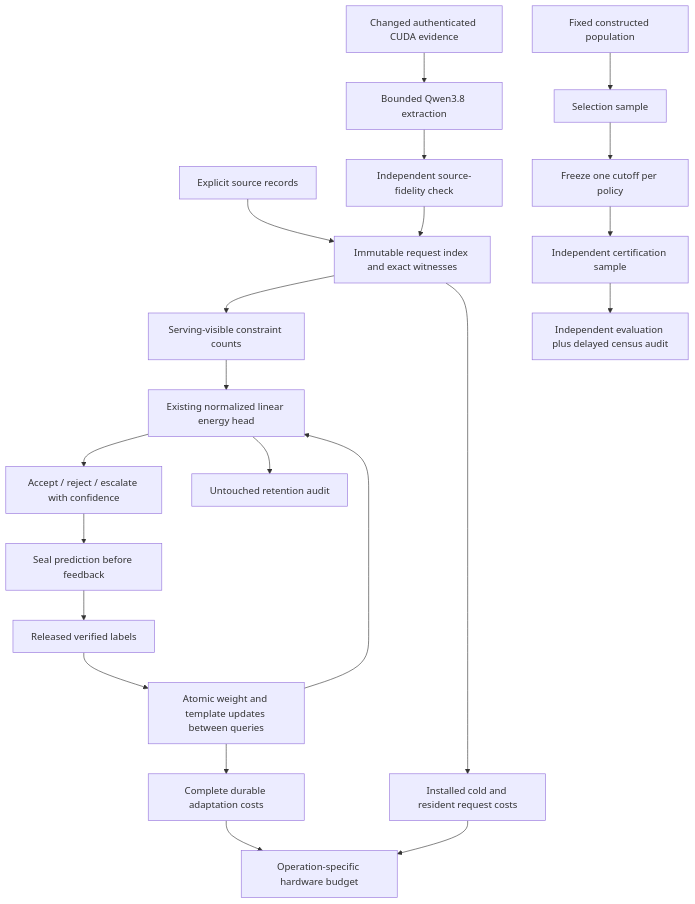
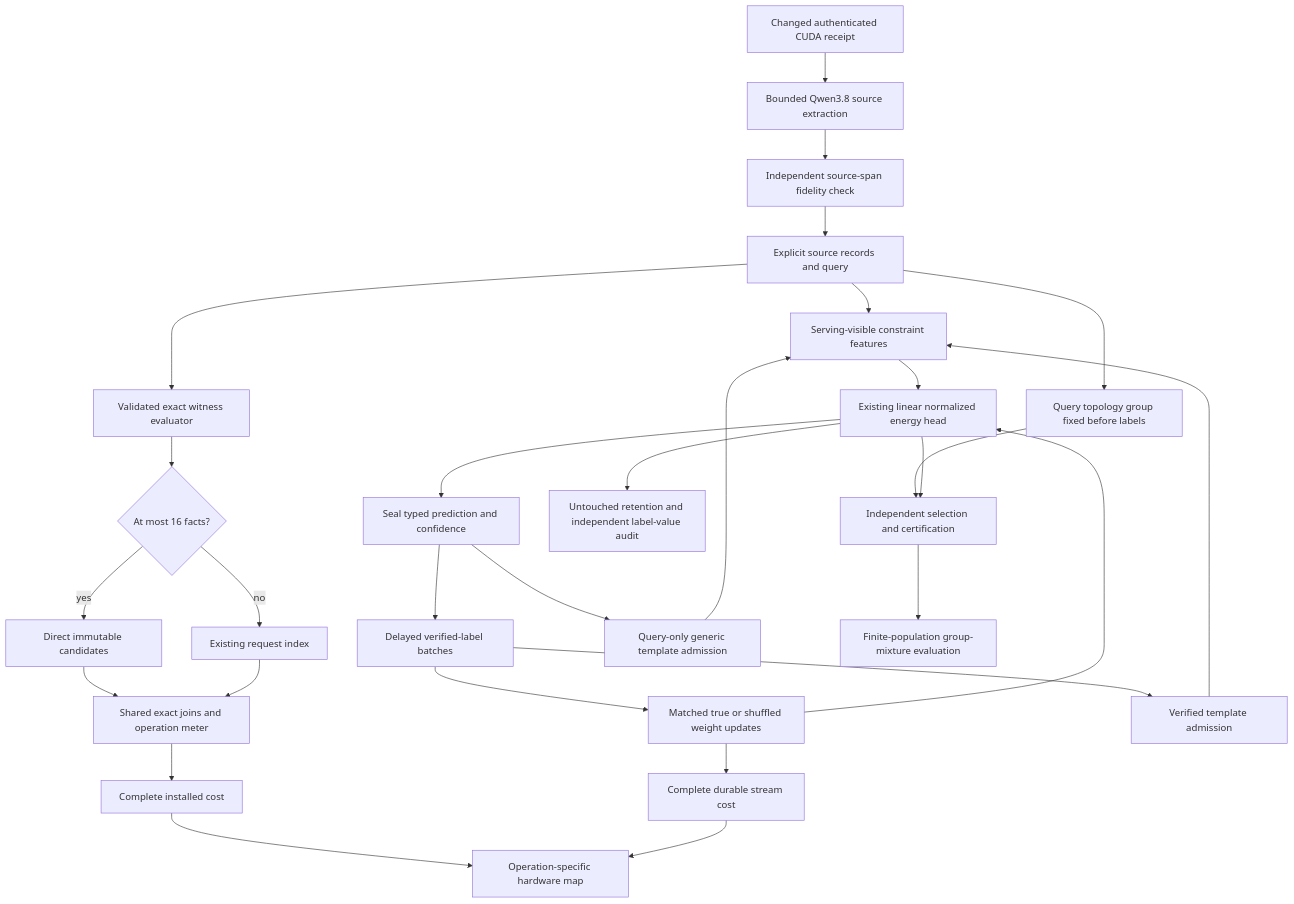
One commit to Carnot-EBM/carnot-ebm changed the diagram in openspec/change-proposals/research-roadmap-vNEXT.md. Above: the diagram before and after it, drawn with Mermaid. The commit also changed other lines of this file and 13 other files, not shown here.

````diff
--- a/openspec/change-proposals/research-roadmap-vNEXT.md
+++ b/openspec/change-proposals/research-roadmap-vNEXT.md
@@ -74,23 +77,31 @@
 ```mermaid
 flowchart TD
-    A[Explicit source records] --> B[Immutable request index and exact witnesses]
-    B --> C[Serving-visible constraint counts]
-    C --> D[Existing normalized linear energy head]
-    D --> E[Accept / reject / escalate with confidence]
-    E --> F[Seal prediction before feedback]
-    F --> G[Released verified labels]
-    G --> H[Atomic weight and template updates between queries]
-    H --> D
-    D --> I[Untouched retention audit]
-    B --> J[Installed cold and resident request costs]
-    H --> K[Complete durable adaptation costs]
-    J --> L[Operation-specific hardware budget]
-    K --> L
-    M[Changed authenticated CUDA evidence] --> N[Bounded Qwen3.8 extraction]
-    N --> O[Independent source-fidelity check]
-    O --> B
-    P[Fixed constructed population] --> Q[Selection sample]
-    Q --> R[Freeze one cutoff per policy]
-    R --> S[Independent certification sample]
-    S --> T[Independent evaluation plus delayed census audit]
+    S[Explicit source records and query] --> V[Validated exact witness evaluator]
+    V --> Q{At most 16 facts?}
+    Q -->|yes| D[Direct immutable candidates]
+    Q -->|no| I[Existing request index]
+    D --> E[Shared exact joins and operation meter]
+    I --> E
+    S --> G[Query topology group fixed before labels]
+    S --> F[Serving-visible constraint features]
+    F --> H[Existing linear normalized energy head]
+    H --> P[Seal typed prediction and confidence]
+    P --> R[Delayed verified-label batches]
+    R --> U[Matched true or shuffled weight updates]
+    P --> A[Query-only generic template admission]
+    R --> B[Verified template admission]
+    A --> F
+    B --> F
+    U --> H
+    H --> T[Untouched retention and independent label-value audit]
+    G --> C[Independent selection and certification]
+    H --> C
+    C --> M[Finite-population group-mixture evaluation]
+    E --> K[Complete installed cost]
+    U --> L[Complete durable stream cost]
+    K --> O[Operation-specific hardware map]
+    L --> O
+    X[Changed authenticated CUDA receipt] --> Y[Bounded Qwen3.8 source extraction]
+    Y --> Z[Independent source-span fidelity check]
+    Z --> S
 ```
````
